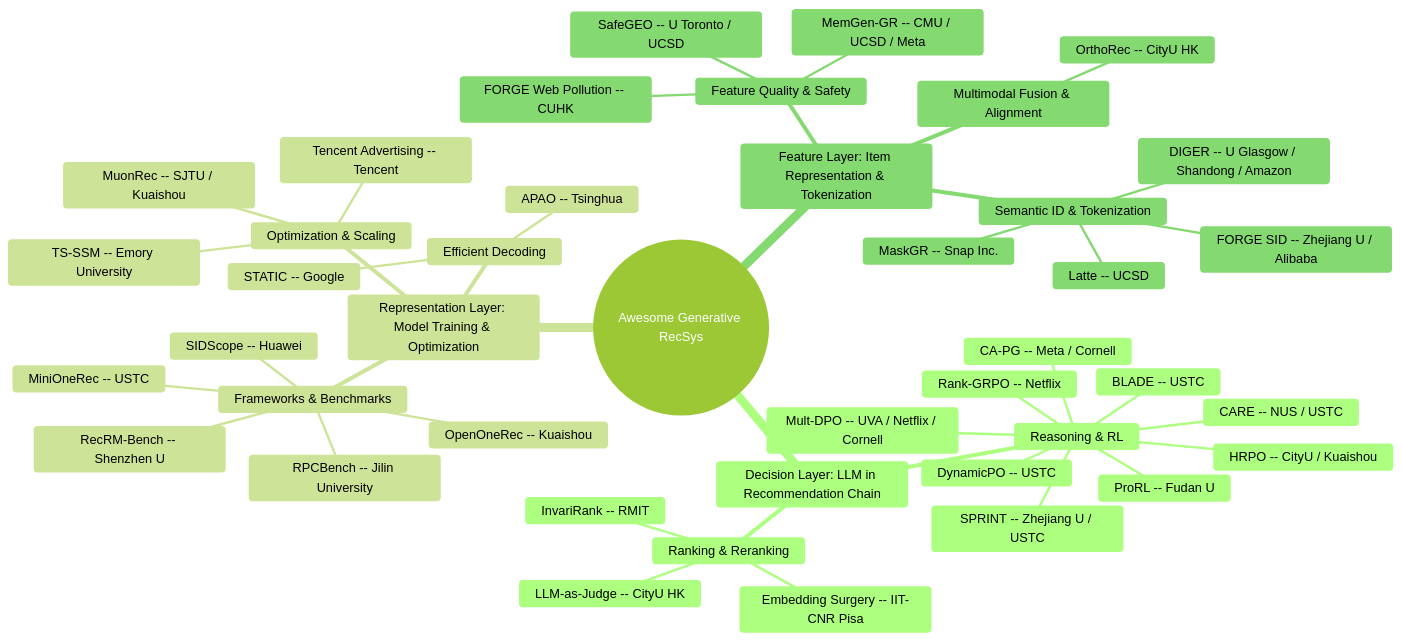
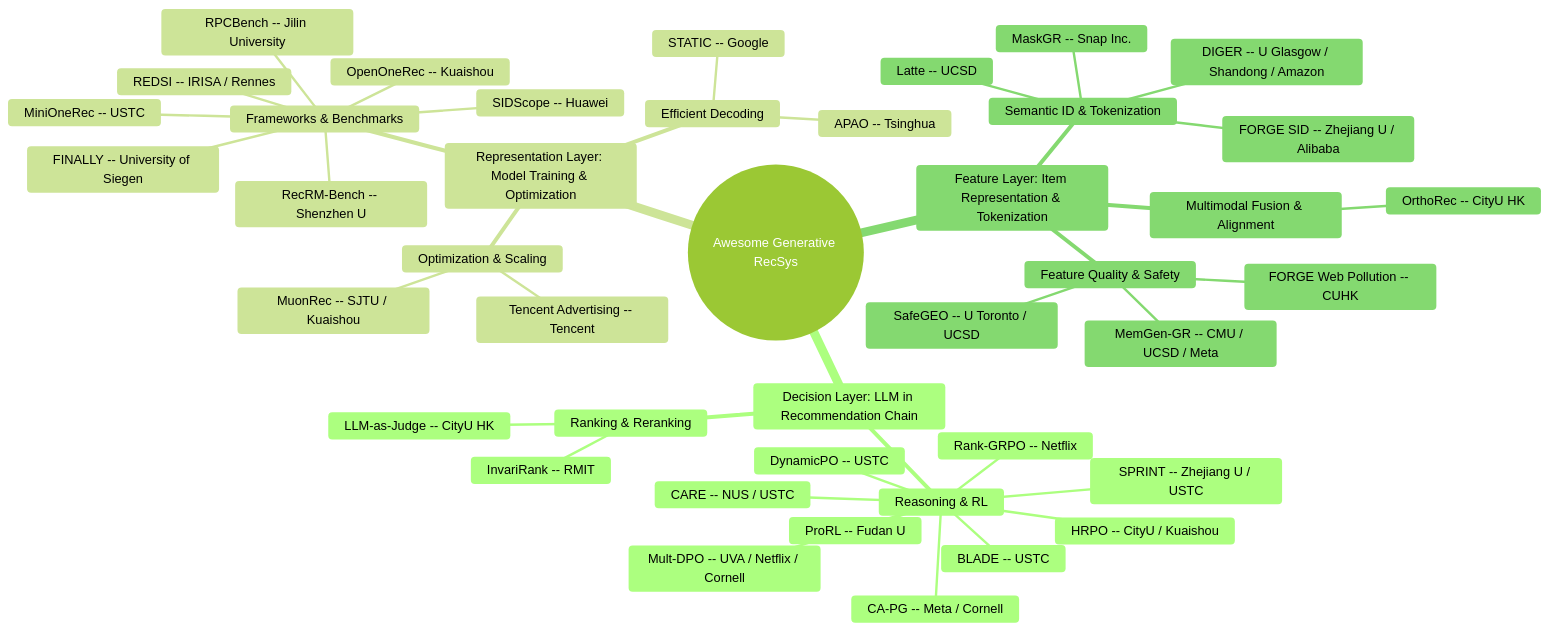
Before and after one commit to HaFred/awesome-generative-recsys: the diagram in README.md, drawn with Mermaid (forest theme). The commit also changed other lines of this file and 3 other files, not shown here.

````diff
--- a/README.md
+++ b/README.md
@@ -29,45 +29,45 @@
 ```mermaid
 mindmap
   root((Awesome Generative RecSys))
     Decision Layer: LLM in Recommendation Chain
       Reasoning & RL
         Rank-GRPO -- Netflix
         DynamicPO -- USTC
         BLADE -- USTC
         SPRINT -- Zhejiang U / USTC
         CARE -- NUS / USTC
         HRPO -- CityU / Kuaishou
         Mult-DPO -- UVA / Netflix / Cornell
         CA-PG -- Meta / Cornell
         ProRL -- Fudan U
       Ranking & Reranking
         InvariRank -- RMIT
         LLM-as-Judge -- CityU HK
-        Embedding Surgery -- IIT-CNR Pisa
     Representation Layer: Model Training & Optimization
       Frameworks & Benchmarks
         MiniOneRec -- USTC
         OpenOneRec -- Kuaishou
         RecRM-Bench -- Shenzhen U
         SIDScope -- Huawei
         RPCBench -- Jilin University
+        REDSI -- IRISA / Rennes
+        FINALLY -- University of Siegen
       Efficient Decoding
         STATIC -- Google
         APAO -- Tsinghua
       Optimization & Scaling
         MuonRec -- SJTU / Kuaishou
         Tencent Advertising -- Tencent
-        TS-SSM -- Emory University
     Feature Layer: Item Representation & Tokenization
       Semantic ID & Tokenization
         Latte -- UCSD
         FORGE SID -- Zhejiang U / Alibaba
         DIGER -- U Glasgow / Shandong / Amazon
         MaskGR -- Snap Inc.
       Multimodal Fusion & Alignment
         OrthoRec -- CityU HK
       Feature Quality & Safety
         SafeGEO -- U Toronto / UCSD
         MemGen-GR -- CMU / UCSD / Meta
         FORGE Web Pollution -- CUHK
 ```
````
